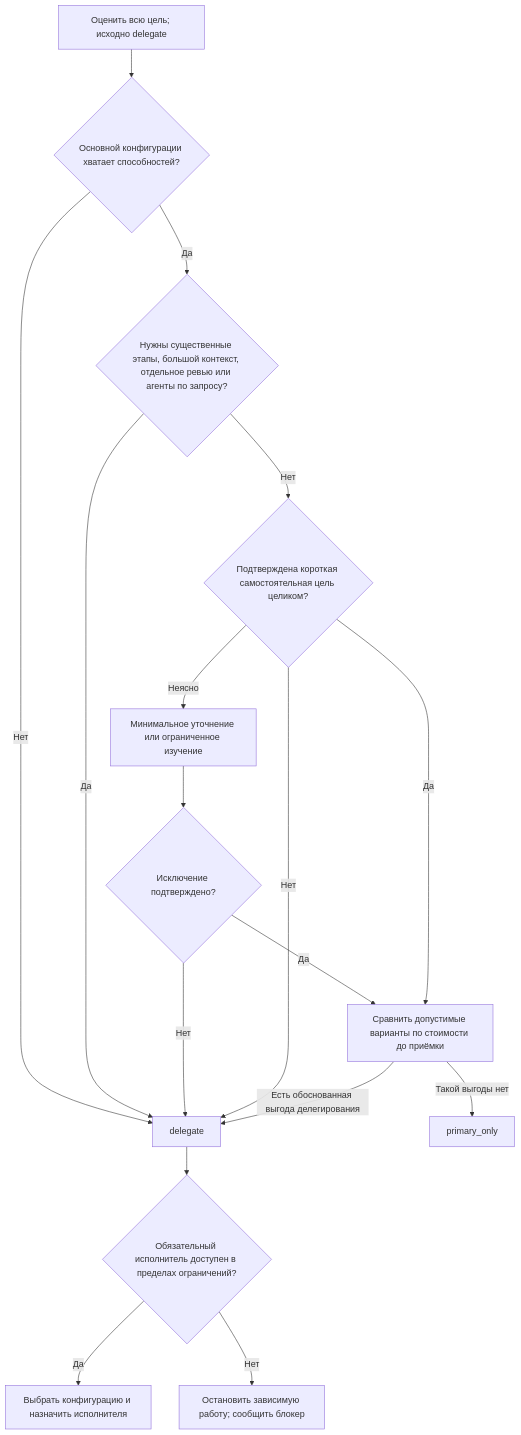
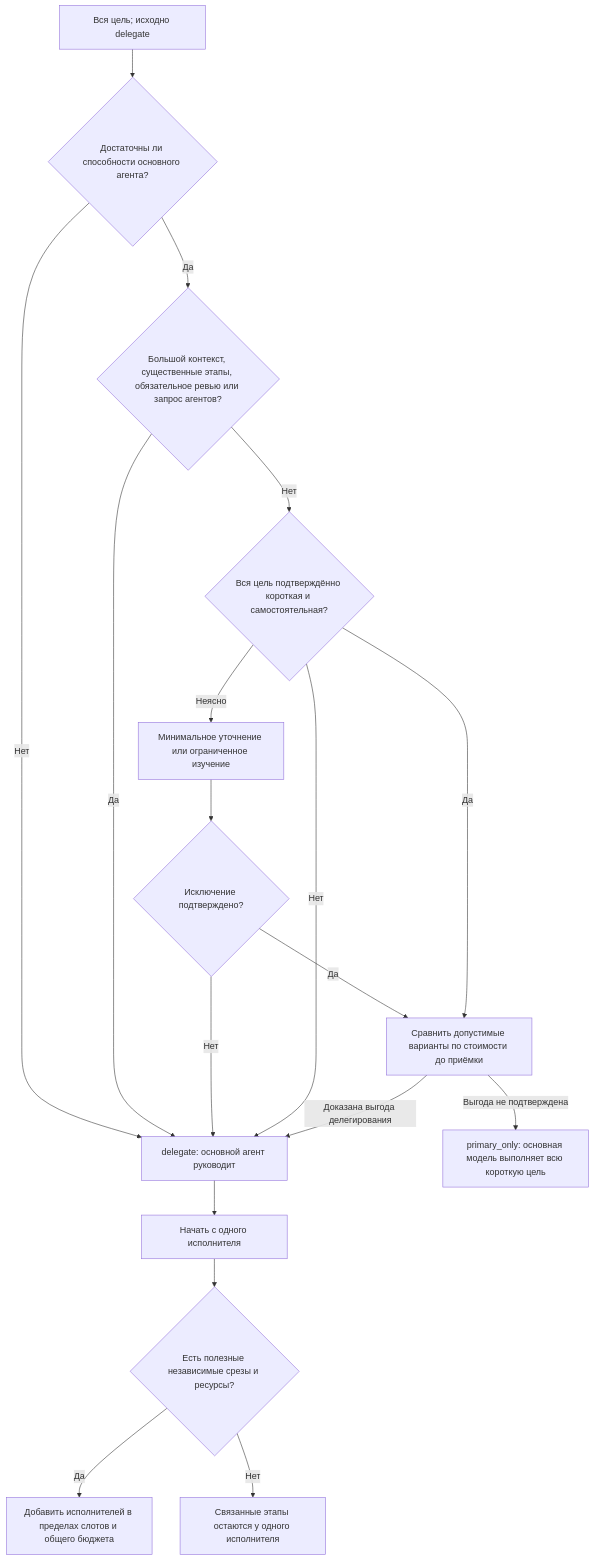
One commit to Rattlhead/codex-agent-skills changed the second of 5 diagrams in docs/subagent-manager-visual-guide.md. Above: the diagram before and after it, drawn with Mermaid. The commit also changed other lines of this file and 1 other file, not shown here.

Commit message:
Update orchestrator visual guide with routed audit and publication flows

````diff
--- a/docs/subagent-manager-visual-guide.md
+++ b/docs/subagent-manager-visual-guide.md
@@ -36,19 +51,20 @@
 ```mermaid
 flowchart TD
-    G["Оценить всю цель; исходно delegate"] --> C{"Основной конфигурации хватает способностей?"}
-    C -->|Нет| D["delegate"]
-    C -->|Да| S{"Нужны существенные этапы, большой контекст, отдельное ревью или агенты по запросу?"}
+    G["Вся цель; исходно delegate"] --> C{"Достаточны ли способности основного агента?"}
+    C -->|Нет| D["delegate: основной агент руководит"]
+    C -->|Да| S{"Большой контекст, существенные этапы, обязательное ревью или запрос агентов?"}
     S -->|Да| D
-    S -->|Нет| K{"Подтверждена короткая самостоятельная цель целиком?"}
+    S -->|Нет| K{"Вся цель подтверждённо короткая и самостоятельная?"}
     K -->|Неясно| B["Минимальное уточнение или ограниченное изучение"]
-    B --> T{"Исключение подтверждено?"}
-    T -->|Нет| D
-    T -->|Да| O["Сравнить допустимые варианты по стоимости до приёмки"]
+    B --> Q{"Исключение подтверждено?"}
+    Q -->|Нет| D
+    Q -->|Да| O["Сравнить допустимые варианты по стоимости до приёмки"]
+    K -->|Нет| D
     K -->|Да| O
-    K -->|Нет| D
-    O -->|Есть обоснованная выгода делегирования| D
-    O -->|Такой выгоды нет| P["primary_only"]
-    D --> V{"Обязательный исполнитель доступен в пределах ограничений?"}
-    V -->|Да| W["Выбрать конфигурацию и назначить исполнителя"]
-    V -->|Нет| X["Остановить зависимую работу; сообщить блокер"]
+    O -->|Доказана выгода делегирования| D
+    O -->|Выгода не подтверждена| P["primary_only: основная модель выполняет всю короткую цель"]
+    D --> W["Начать с одного исполнителя"]
+    W --> I{"Есть полезные независимые срезы и ресурсы?"}
+    I -->|Да| T["Добавить исполнителей в пределах слотов и общего бюджета"]
+    I -->|Нет| E["Связанные этапы остаются у одного исполнителя"]
 ```
````
